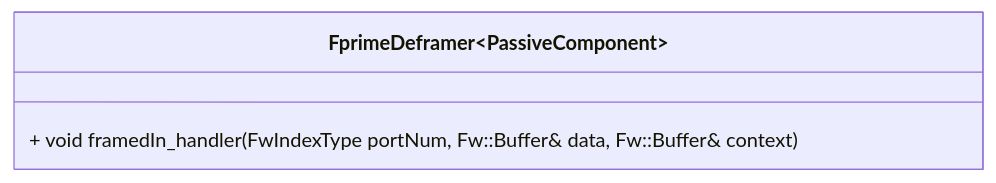
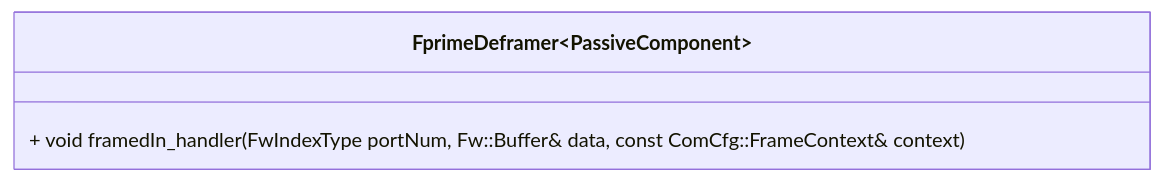
The diagram in Svc/FprimeDeframer/docs/sdd.md (m-aleem/fprime), drawn with Mermaid before and after one commit. The commit also changed other lines of this file and 129 other files, not shown here.

````diff
--- a/Svc/FprimeDeframer/docs/sdd.md
+++ b/Svc/FprimeDeframer/docs/sdd.md
@@ -41,6 +41,6 @@
 ```mermaid
 classDiagram
     class FprimeDeframer~PassiveComponent~ {
-        + void framedIn_handler(FwIndexType portNum, Fw::Buffer& data, Fw::Buffer& context)
+        + void framedIn_handler(FwIndexType portNum, Fw::Buffer& data, const ComCfg::FrameContext& context)
     }
 ```
````
